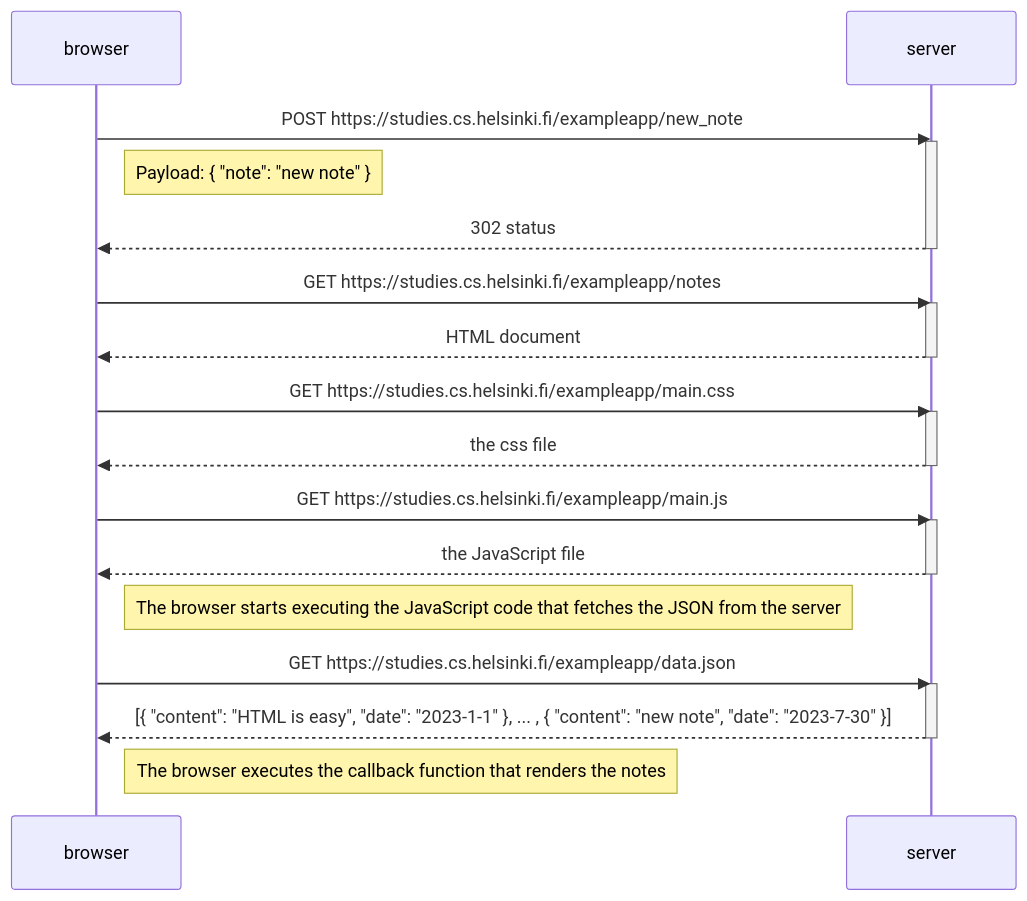
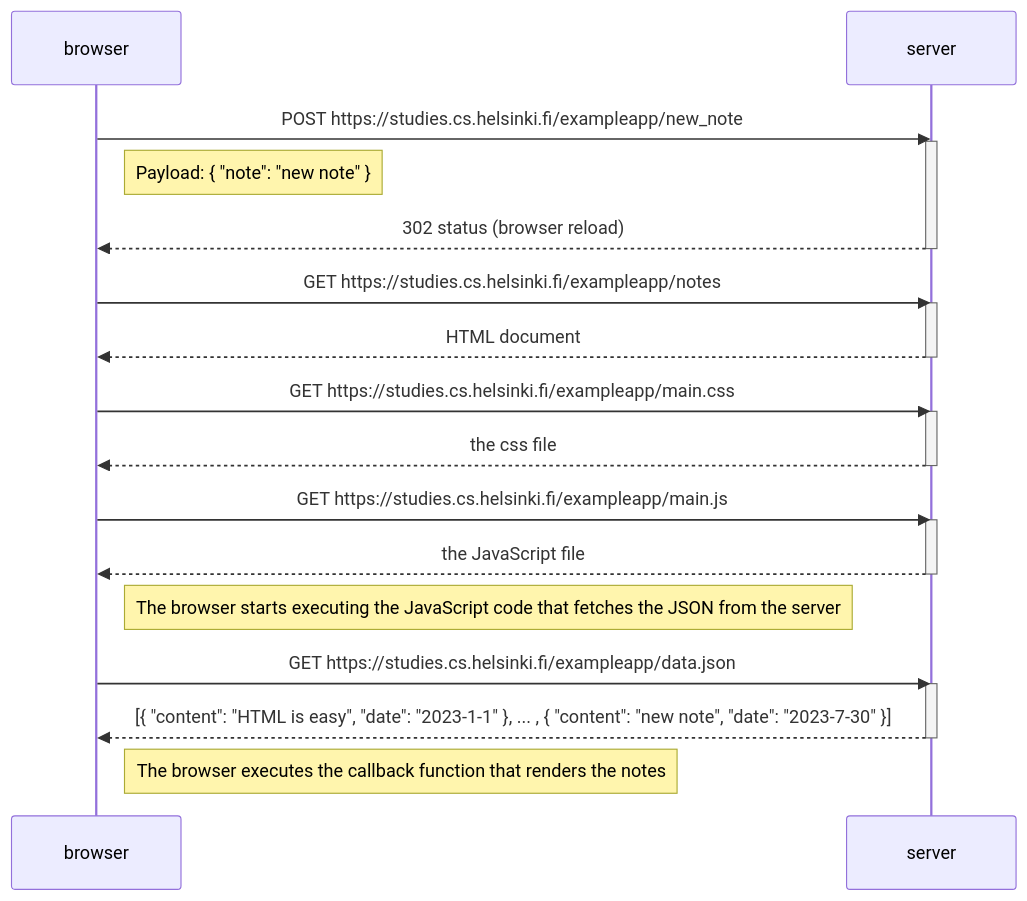
One commit to Agneypraseed/fullstackopen changed the diagram in part0/0_4_New note diagram.md. Above: the diagram before and after it, drawn with Mermaid. The commit also changed 2 other files, not shown here.

Commit message:
Part 0 exc done

````diff
--- a/part0/0_4_New note diagram.md
+++ b/part0/0_4_New note diagram.md
@@ -1,39 +1,39 @@
 ```mermaid
 
 sequenceDiagram
     participant browser
     participant server    
 
     browser->>server: POST https://studies.cs.helsinki.fi/exampleapp/new_note    
     activate server    
     Note right of browser: Payload: { "note": "new note" }
-    server-->>browser: 302 status
+    server-->>browser: 302 status (browser reload)
     deactivate server
 
     browser->>server: GET https://studies.cs.helsinki.fi/exampleapp/notes
     activate server
     server-->>browser: HTML document
     deactivate server
 
     browser->>server: GET https://studies.cs.helsinki.fi/exampleapp/main.css
     activate server
     server-->>browser: the css file
     deactivate server
 
     browser->>server: GET https://studies.cs.helsinki.fi/exampleapp/main.js
     activate server
     server-->>browser: the JavaScript file
     deactivate server
 
     Note right of browser: The browser starts executing the JavaScript code that fetches the JSON from the server
 
     browser->>server: GET https://studies.cs.helsinki.fi/exampleapp/data.json
     activate server
     server-->>browser: [{ "content": "HTML is easy", "date": "2023-1-1" }, ... , { "content": "new note", "date": "2023-7-30" }]
     deactivate server
 
     Note right of browser: The browser executes the callback function that renders the notes
 
 
 
 ```
````
